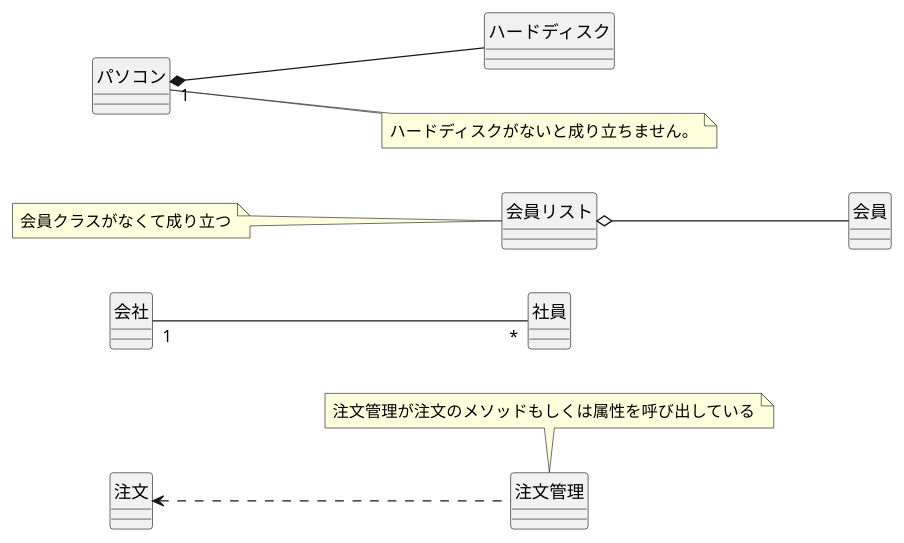
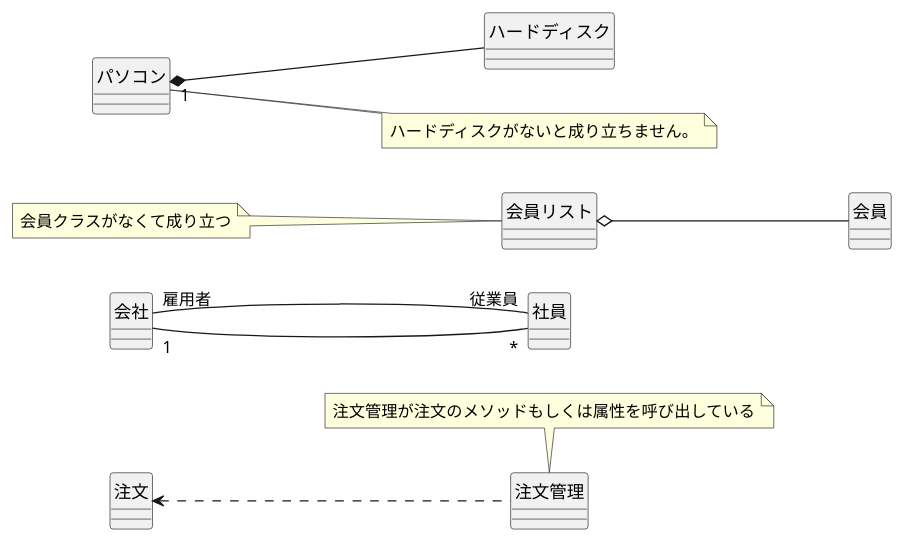
The diagram in sample3/sample3.pu (nagayamasaki/umi-intro), drawn with PlantUML before and after one commit. The commit also changed 4 other files, not shown here.

```diff
--- a/sample3/sample3.pu
+++ b/sample3/sample3.pu
@@ -1,44 +1,53 @@
 @startuml 関連
 left to right direction
 skinparam ClassAttributeIconSize 0
+
+'片方向の場合矢印
+'両方向の場合は矢印付けない
 
 '関連名
 '多重度
 class 会社{}
 class 社員{}
 ' 会社 --> 社員:雇う >
 会社"1"--"*" 社員
+'ロール（役割）をかける
+'おすすめはしない
+会社"雇用者"--"従業員" 社員
 
 
 '集約
 
 会員リスト o-- 会員
 note left of 会員リスト 
 会員クラスがなくて成り立つ
 end note
 'neteはleftでもrightでもどちらでも良い
 
 
-'複合
+'複合（composition）
 パソコン"1" *-- ハードディスク
 note right of パソコン
 ハードディスクがないと成り立ちません。
 end note
 
 
 '依存関係
+'一時的
 注文 <.. 注文管理
 note top of 注文管理
 注文管理が注文のメソッドもしくは属性を呼び出している
 end note
+
+
 
 hide 会社 circle
 hide 社員 circle
 hide 会員リスト circle
 hide 会員 circle
 hide パソコン circle
 hide ハードディスク circle
 hide 注文 circle
 hide 注文管理 circle
 
 @enduml
```
